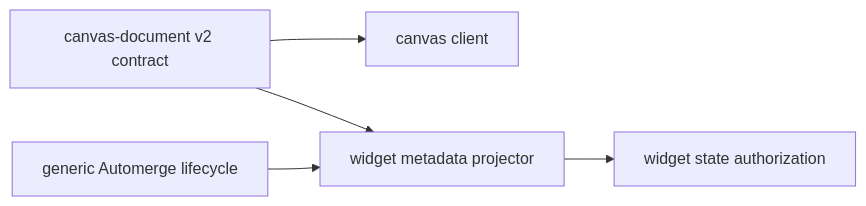
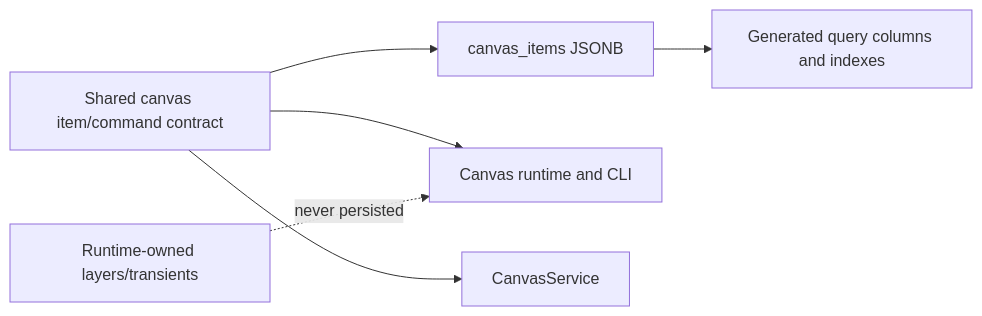
The diagram in tasks/a/A89.md (omnidraw/omnidraw), drawn with Mermaid before and after one commit. The commit also changed other lines of this file and 10 other files, not shown here.

````diff
--- a/tasks/a/A89.md
+++ b/tasks/a/A89.md
@@ -26,7 +31,8 @@
 ```mermaid
 flowchart LR
-  Contract["canvas-document v2 contract"] --> Canvas["canvas client"]
-  Contract --> Projector["widget metadata projector"]
-  Generic["generic Automerge lifecycle"] --> Projector
-  Projector --> Auth["widget state authorization"]
+  Contract["Shared canvas item/command contract"] --> DB["canvas_items JSONB"]
+  Contract --> Client["Canvas runtime and CLI"]
+  Contract --> Service["CanvasService"]
+  DB --> Columns["Generated query columns and indexes"]
+  Runtime["Runtime-owned layers/transients"] -. "never persisted" .-> Client
 ```
````
